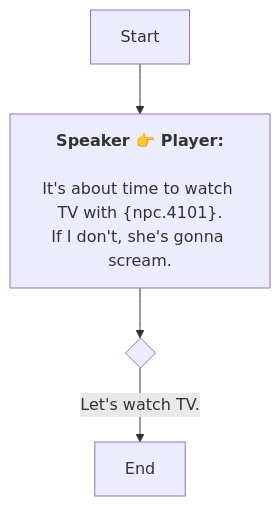
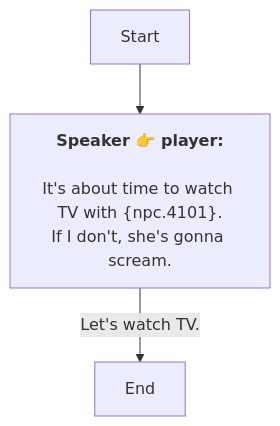
The diagram in En/QuestStartTalkENode_1751905447257812.md (SoftHu/tos_avg), drawn with Mermaid before and after one commit. The commit also changed 737 other files, not shown here.

````diff
--- a/En/QuestStartTalkENode_1751905447257812.md
+++ b/En/QuestStartTalkENode_1751905447257812.md
@@ -1,10 +1,8 @@
 ```mermaid
 graph
-Start -->1751905462132439[<b>Speaker 👉 Player:</b>
+Start -->1751905462132439[<b>Speaker 👉 player:</b>
+\nIt's about time to watch TV with &lbrace;npc.4101&rbrace;.
+If I don't, she's gonna scream.]
+1751905462132439 -->|Let's watch TV.|1751905504163547[End]
 
-It's about time to watch TV with &lbrace;npc.4101&rbrace;.
-If I don't, she's gonna scream.]
-1751905462132439 -->1751905497477848{ }
-1751905497477848 -->|Let's watch TV.|1751905504163547[End]
-
- ```
+```
````
